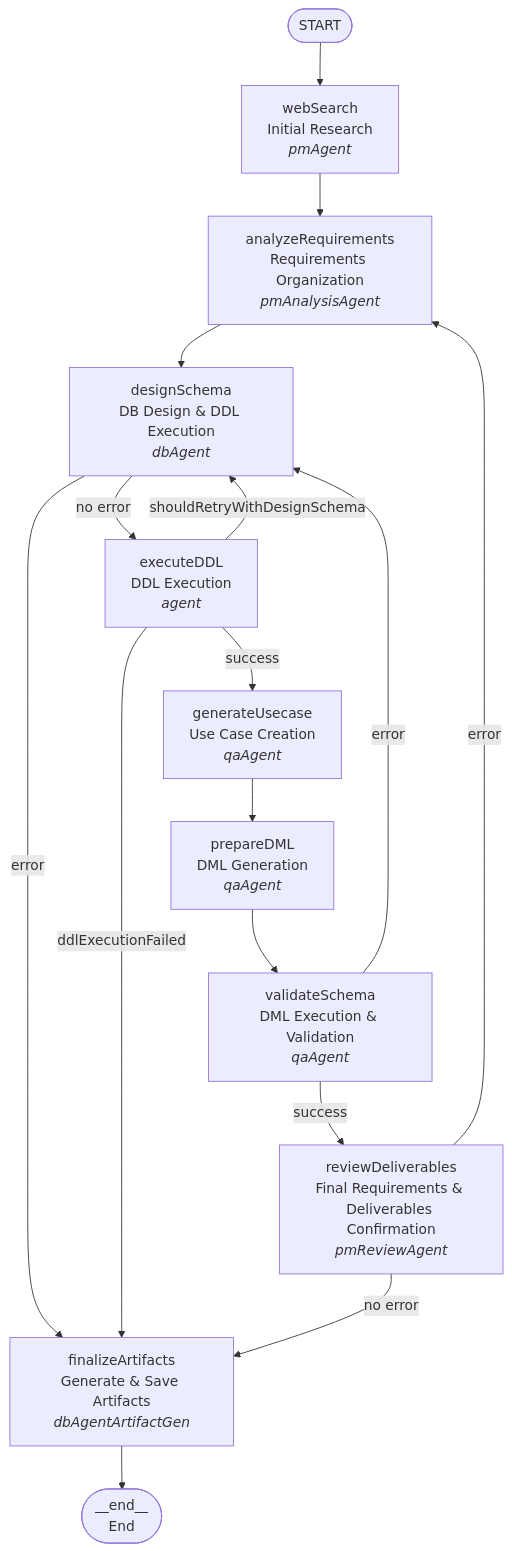
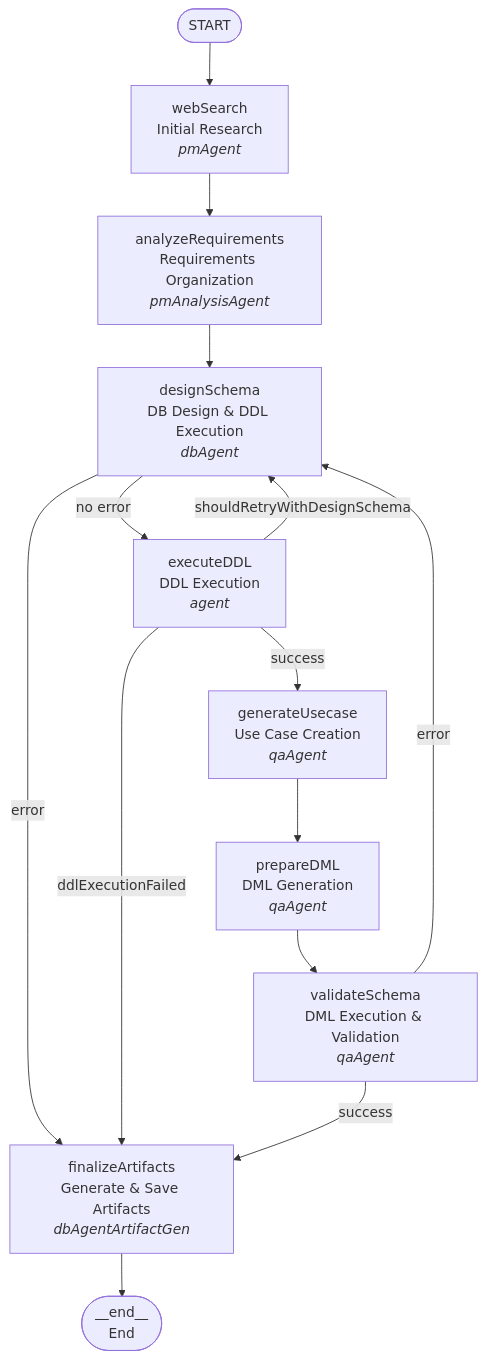
The diagram in frontend/internal-packages/agent/src/chat/workflow/README.md (yzkee/liam), drawn with Mermaid before and after one commit. The commit also changed other lines of this file and 4 other files, not shown here.

First line of the commit message:
refactor(agent): remove reviewDeliverablesNode and update workflow logic

````diff
--- a/frontend/internal-packages/agent/src/chat/workflow/README.md
+++ b/frontend/internal-packages/agent/src/chat/workflow/README.md
@@ -7,31 +7,28 @@
 ```mermaid
 flowchart TD
     START([START])
     WEBSEARCH[webSearch<br/>Initial Research<br/><i>pmAgent</i>]
     ANALYZE[analyzeRequirements<br/>Requirements Organization<br/><i>pmAnalysisAgent</i>]
     DESIGN[designSchema<br/>DB Design & DDL Execution<br/><i>dbAgent</i>]
     EXECUTE_DDL[executeDDL<br/>DDL Execution<br/><i>agent</i>]
     GENERATE_USECASE[generateUsecase<br/>Use Case Creation<br/><i>qaAgent</i>]
     PREPARE_DML[prepareDML<br/>DML Generation<br/><i>qaAgent</i>]
     VALIDATE[validateSchema<br/>DML Execution & Validation<br/><i>qaAgent</i>]
-    REVIEW[reviewDeliverables<br/>Final Requirements & Deliverables Confirmation<br/><i>pmReviewAgent</i>]
     FINALIZE[finalizeArtifacts<br/>Generate & Save Artifacts<br/><i>dbAgentArtifactGen</i>]
     END([__end__<br/>End])
 
     START --> WEBSEARCH
     WEBSEARCH --> ANALYZE
     ANALYZE --> DESIGN
     DESIGN -->|no error| EXECUTE_DDL
     DESIGN -->|error| FINALIZE
     EXECUTE_DDL -->|success| GENERATE_USECASE
     EXECUTE_DDL -->|shouldRetryWithDesignSchema| DESIGN
     EXECUTE_DDL -->|ddlExecutionFailed| FINALIZE
     GENERATE_USECASE --> PREPARE_DML
     PREPARE_DML --> VALIDATE
-    VALIDATE -->|success| REVIEW
+    VALIDATE -->|success| FINALIZE
     VALIDATE -->|error| DESIGN
-    REVIEW -->|no error| FINALIZE
-    REVIEW -->|error| ANALYZE
     FINALIZE --> END
 
 ```
````
